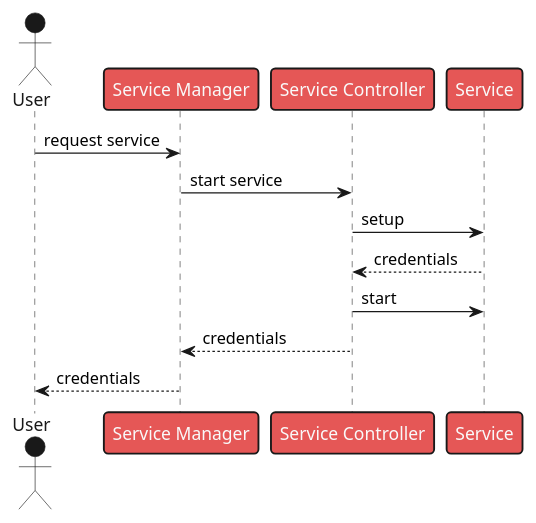
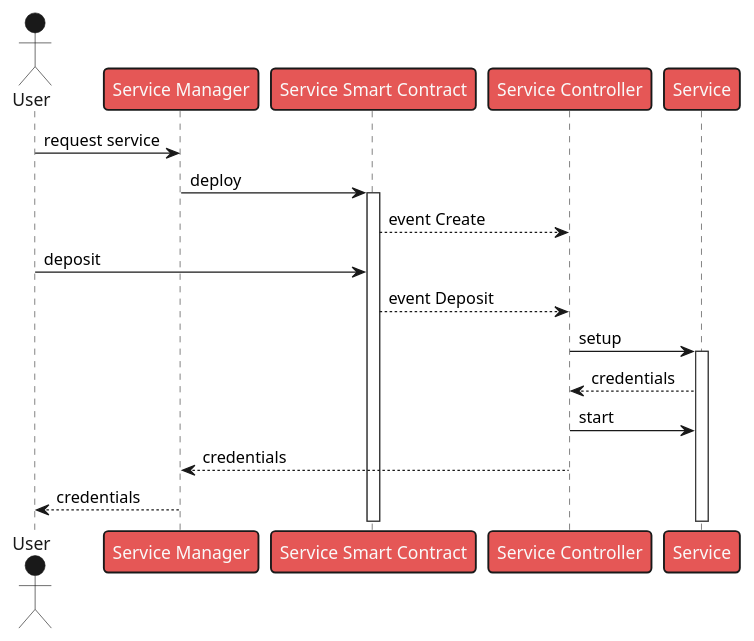
Before and after one commit to Blockchain-Data-Analytics/BCA-Service-Tokenization: the second of 5 diagrams in doc/img/UC2.puml, drawn with PlantUML. The commit also changed other lines of this file and 17 other files, not shown here.

```diff
--- a/doc/img/UC2.puml
+++ b/doc/img/UC2.puml
@@ -41,24 +41,32 @@
 @startuml Seq-Service-Start
 
 !theme mars
 
 skinparam backgroundColor #ffffff
 
 actor "User" as user order 1
 participant "Service Manager" as sm order 2
-participant "Service Controller" as sc order 3
-participant "Service" as sv order 4
+participant "Service Smart Contract" as co order 3
+participant "Service Controller" as sc order 4
+participant "Service" as sv order 5
 
 user -> sm : request service
 
-sm -> sc : start service
+sm -> co : deploy
+activate co
 
+co --> sc : event Create
+
+user -> co : deposit
+
+co --> sc : event Deposit
 sc -> sv : setup
+activate sv
 sc <-- sv : credentials
 sc -> sv : start
 
 sm <-- sc : credentials
 
 user <-- sm : credentials
 
 @enduml 
```
